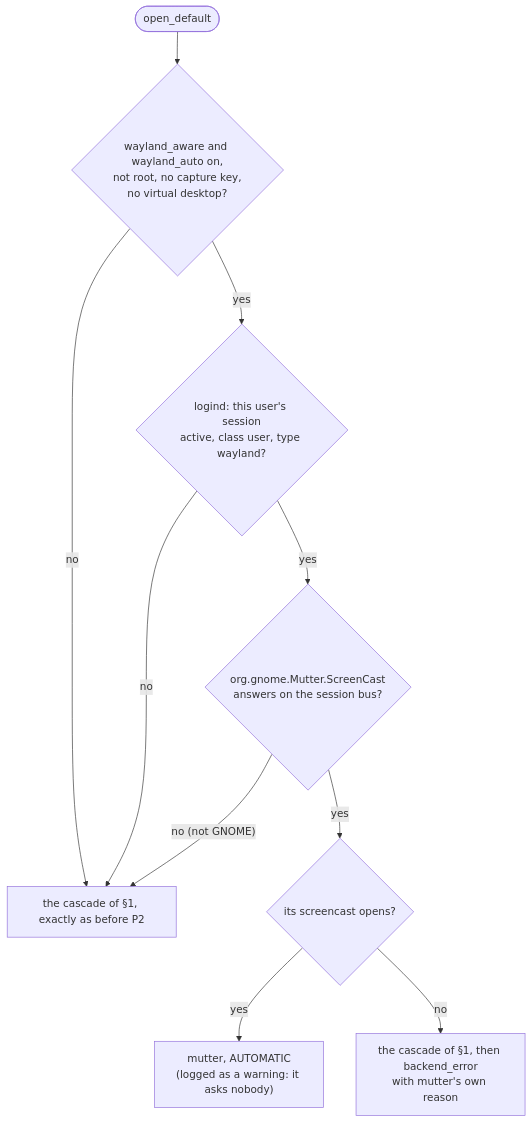
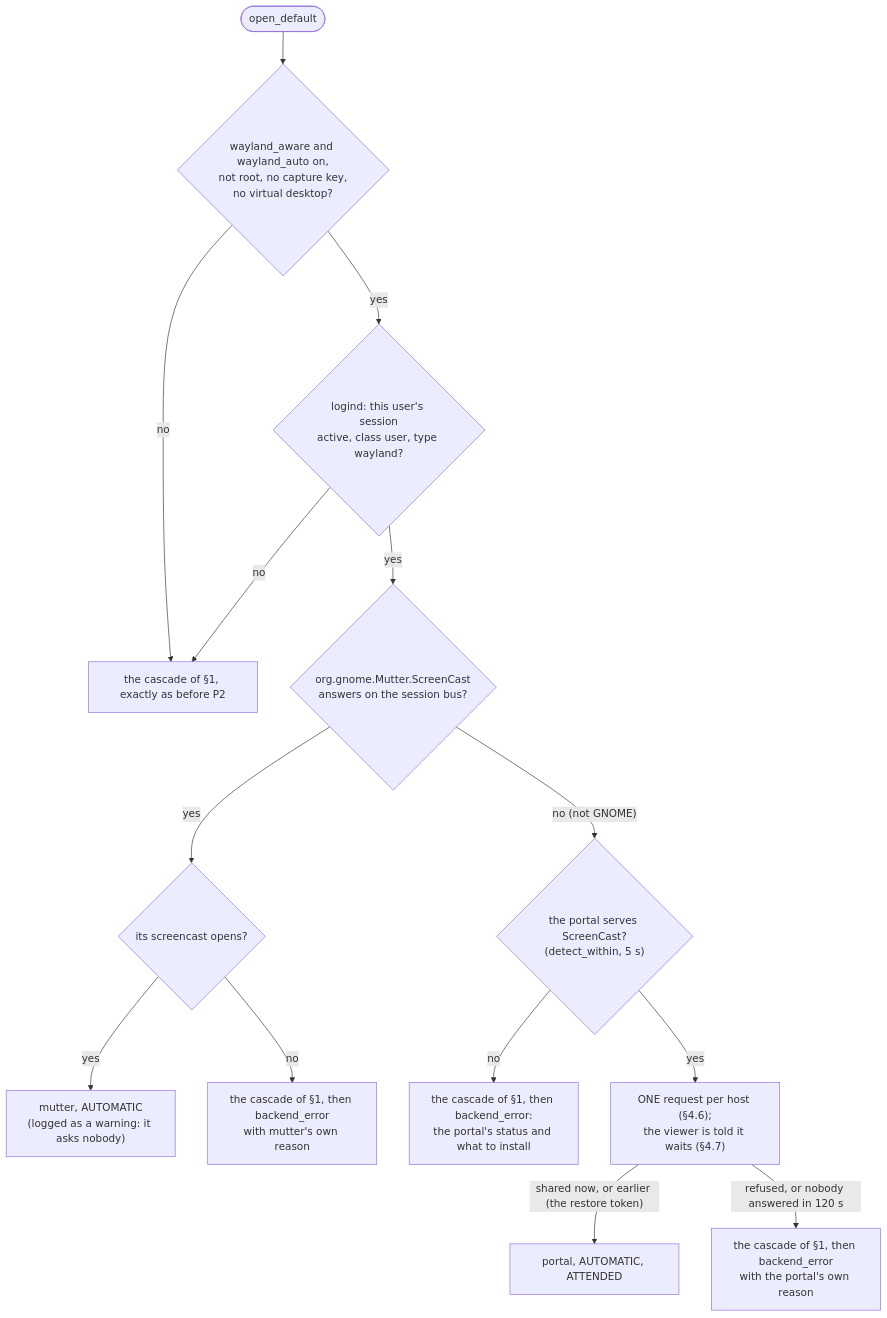
Before and after one commit to gjovanov/roomler-ai: the second of 7 diagrams in docs/linux-capture.md, drawn with Mermaid. The commit also changed other lines of this file and 9 other files, not shown here.

First line of the commit message:
feat(capture): the desktop portal goes automatic where mutter is absent (FR-93 P2d-3, #1972) (#2075)

````diff
--- a/docs/linux-capture.md
+++ b/docs/linux-capture.md
@@ -169,12 +184,16 @@
 ```mermaid
 flowchart TD
     O([open_default]) --> K{"wayland_aware and wayland_auto on,<br/>not root, no capture key,<br/>no virtual desktop?"}
     K -- no --> C["the cascade of §1, exactly as before P2"]
     K -- yes --> S{"logind: this user's session<br/>active, class user, type wayland?"}
     S -- no --> C
     S -- yes --> M{"org.gnome.Mutter.ScreenCast<br/>answers on the session bus?"}
-    M -- "no (not GNOME)" --> C
     M -- yes --> MO{"its screencast opens?"}
     MO -- yes --> MU["mutter, AUTOMATIC<br/>(logged as a warning: it asks nobody)"]
     MO -- no --> F["the cascade of §1, then backend_error<br/>with mutter's own reason"]
+    M -- "no (not GNOME)" --> PD{"the portal serves ScreenCast?<br/>(detect_within, 5 s)"}
+    PD -- no --> FP["the cascade of §1, then backend_error:<br/>the portal's status and what to install"]
+    PD -- yes --> PR["ONE request per host (§4.6);<br/>the viewer is told it waits (§4.7)"]
+    PR -- "shared now, or earlier (the restore token)" --> PO["portal, AUTOMATIC, ATTENDED"]
+    PR -- "refused, or nobody answered in 120 s" --> FR["the cascade of §1, then backend_error<br/>with the portal's own reason"]
 ```
````
